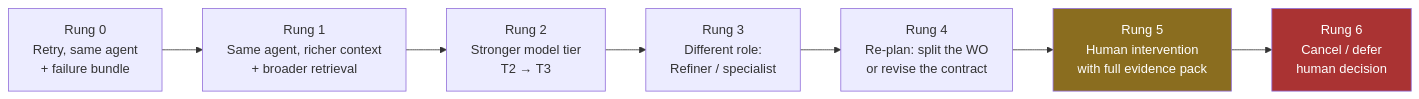
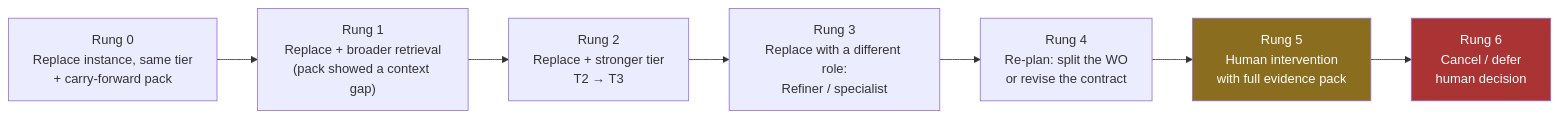
One commit to Kafloosi/Ai-agent-test changed the second of 2 diagrams in docs/04-failure-handling.md. Above: the diagram before and after it, drawn with Mermaid. The commit also changed other lines of this file and 10 other files, not shown here.

````diff
--- a/docs/04-failure-handling.md
+++ b/docs/04-failure-handling.md
@@ -136,13 +136,13 @@
 ```mermaid
 flowchart LR
-    R0["Rung 0<br/>Retry, same agent<br/>+ failure bundle"] --> R1
-    R1["Rung 1<br/>Same agent, richer context<br/>+ broader retrieval"] --> R2
-    R2["Rung 2<br/>Stronger model tier<br/>T2 → T3"] --> R3
-    R3["Rung 3<br/>Different role:<br/>Refiner / specialist"] --> R4
+    R0["Rung 0<br/>Replace instance, same tier<br/>+ carry-forward pack"] --> R1
+    R1["Rung 1<br/>Replace + broader retrieval<br/>(pack showed a context gap)"] --> R2
+    R2["Rung 2<br/>Replace + stronger tier<br/>T2 → T3"] --> R3
+    R3["Rung 3<br/>Replace with a different role:<br/>Refiner / specialist"] --> R4
     R4["Rung 4<br/>Re-plan: split the WO<br/>or revise the contract"] --> R5
     R5["Rung 5<br/>Human intervention<br/>with full evidence pack"] --> R6
     R6["Rung 6<br/>Cancel / defer<br/>human decision"]
 
     style R5 fill:#8a6d1f,color:#fff
     style R6 fill:#a33,color:#fff
 ```
````
